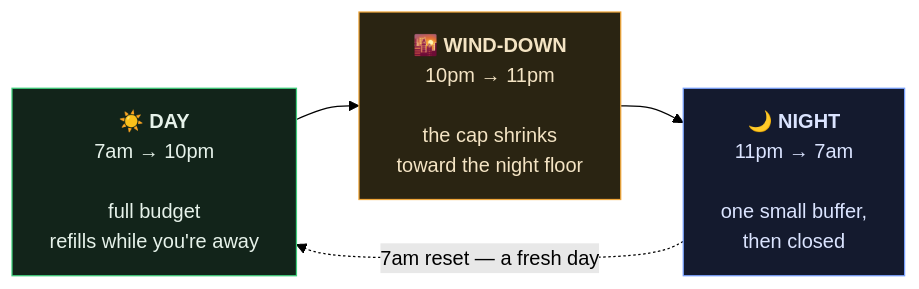
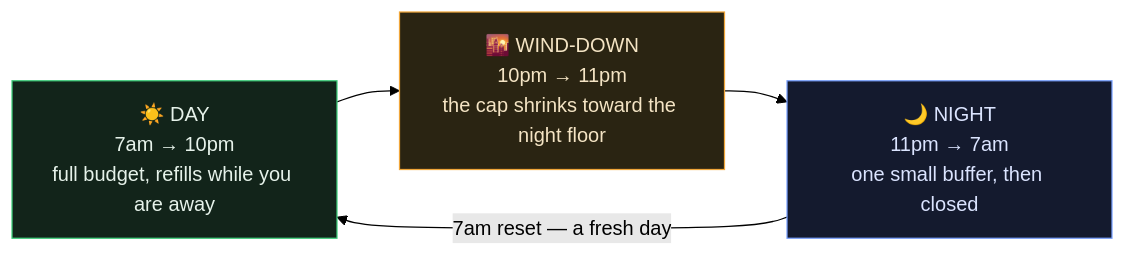
One commit to Chauhan-Siddharth-git/cooldown changed the sixth of 7 diagrams in ARCHITECTURE.md. Above: the diagram before and after it, drawn with Mermaid (forest theme). The commit also changed other lines of this file, not shown here.

First line of the commit message:
ARCHITECTURE: fix diagrams that GitHub refused to render

````diff
--- a/ARCHITECTURE.md
+++ b/ARCHITECTURE.md
@@ -446,11 +410,15 @@
 ```mermaid
 flowchart LR
-    D["☀️ <b>DAY</b><br/>7am → 10pm<br/><br/>full budget<br/>refills while you're away"]
-    W["🌇 <b>WIND-DOWN</b><br/>10pm → 11pm<br/><br/>the cap shrinks<br/>toward the night floor"]
-    N["🌙 <b>NIGHT</b><br/>11pm → 7am<br/><br/>one small buffer,<br/>then closed"]
+    D["☀️ DAY<br/>7am → 10pm<br/>full budget, refills while you are away"]
+    W["🌇 WIND-DOWN<br/>10pm → 11pm<br/>the cap shrinks toward the night floor"]
+    N["🌙 NIGHT<br/>11pm → 7am<br/>one small buffer, then closed"]
     D --> W --> N
-    N -. "7am reset — a fresh day" .-> D
-    style D fill:#12241a,stroke:#3ecf7c,color:#e6f2ea
-    style W fill:#2a2412,stroke:#f0a63a,color:#f4e4c4
-    style N fill:#141a2e,stroke:#7aa2ff,color:#dbe4ff
+    N -->|7am reset — a fresh day| D
+
+    classDef day fill:#12241a,stroke:#3ecf7c,color:#e6f2ea
+    classDef wind fill:#2a2412,stroke:#f0a63a,color:#f4e4c4
+    classDef night fill:#141a2e,stroke:#7aa2ff,color:#dbe4ff
+    class D day
+    class W wind
+    class N night
 ```
````
